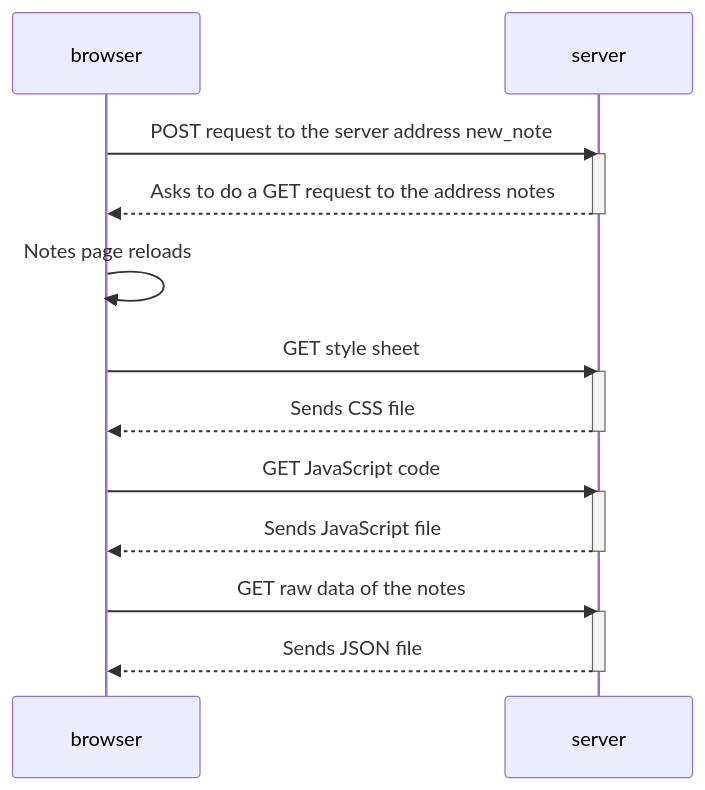
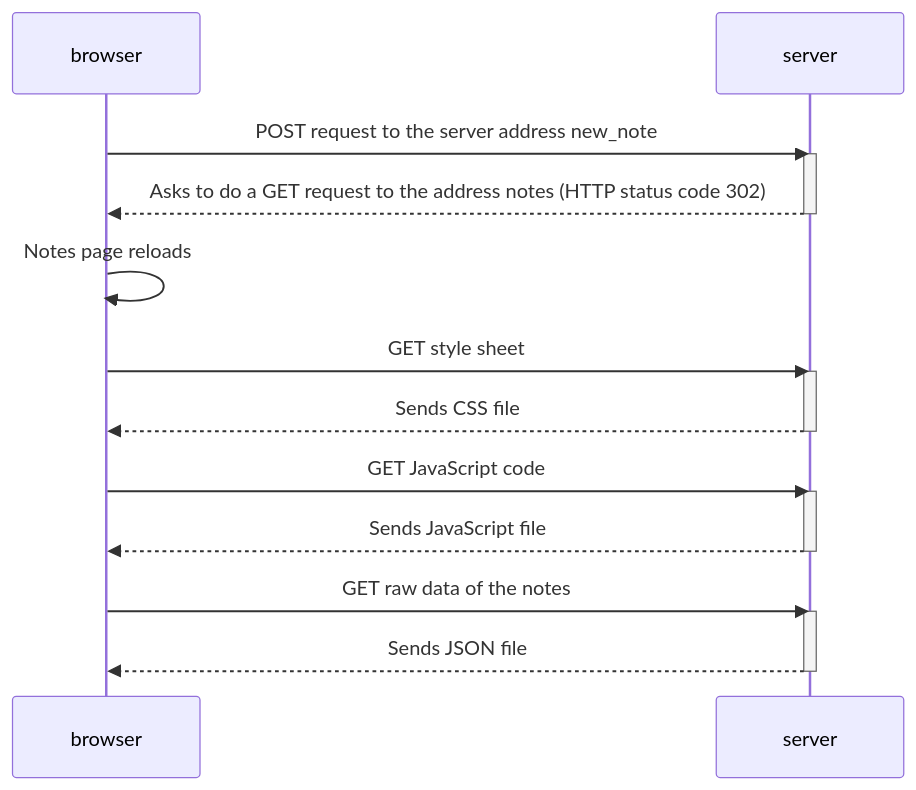
Before and after one commit to early-dew/FullStackOpen: the diagram in Part0/0.4: New note diagram.md, drawn with Mermaid.

Commit message:
Update 0.4: New note diagram.md

````diff
--- a/Part0/0.4: New note diagram.md
+++ b/Part0/0.4: New note diagram.md
@@ -1,22 +1,22 @@
 ```mermaid
 sequenceDiagram
  participant browser
  participant server
  browser->>server: POST request to the server address new_note
  activate server
- server-->>browser:  Asks to do a GET request to the address notes
+ server-->>browser:  Asks to do a GET request to the address notes (HTTP status code 302)
  deactivate server
  browser->>browser: Notes page reloads
  browser->>server: GET style sheet
  activate server
  server-->>browser: Sends CSS file
  deactivate server
  browser->>server: GET JavaScript code
  activate server
  server-->>browser: Sends JavaScript file
  deactivate server
  browser->>server: GET raw data of the notes
  activate server
  server-->>browser: Sends JSON file
  deactivate server
 ```
````
